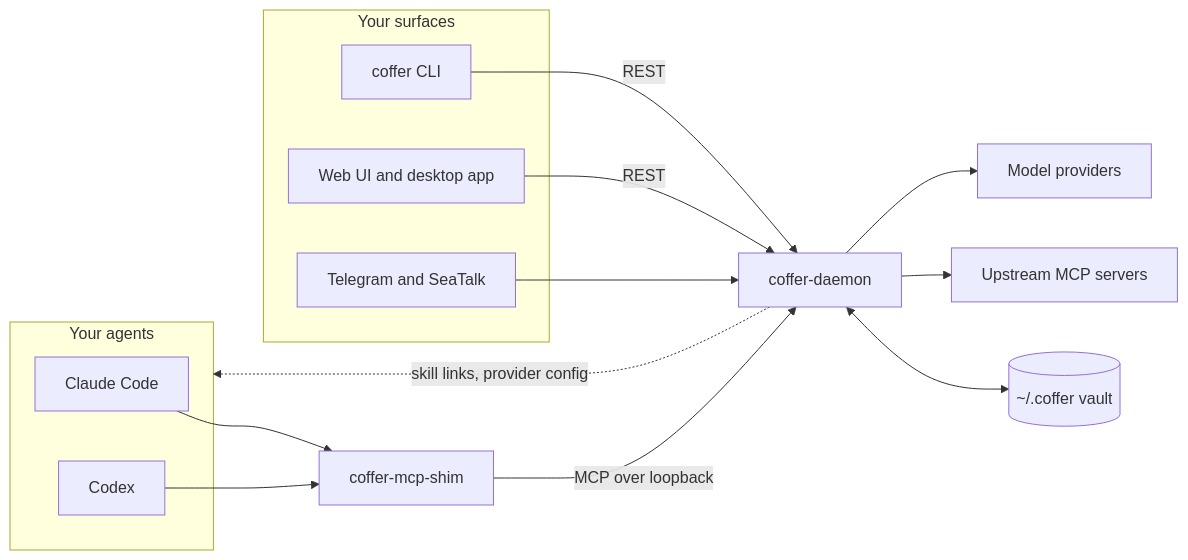
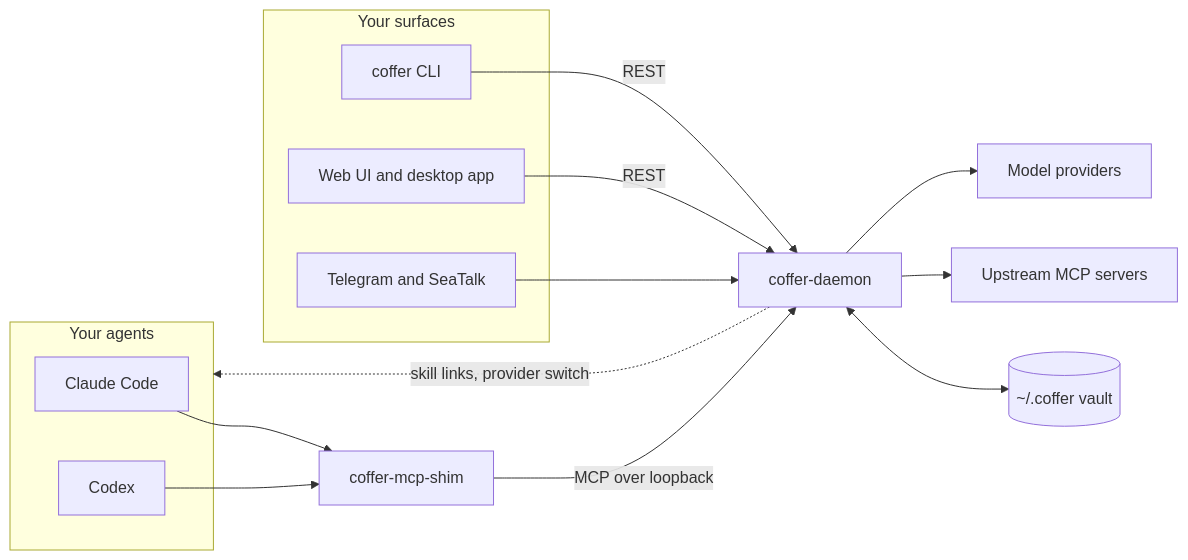
One commit to wyx-sg/Coffer changed the diagram in docs-site/index.md. Above: the diagram before and after it, drawn with Mermaid. The commit also changed other lines of this file and 106 other files, not shown here.

````diff
--- a/docs-site/index.md
+++ b/docs-site/index.md
@@ -52,22 +52,22 @@
 ```mermaid
 flowchart LR
   subgraph agents["Your agents"]
     CC["Claude Code"]
     CX["Codex"]
   end
   subgraph surfaces["Your surfaces"]
     CLI["coffer CLI"]
     WEB["Web UI and desktop app"]
     IM["Telegram and SeaTalk"]
   end
   CC --> SHIM["coffer-mcp-shim"]
   CX --> SHIM
   SHIM -->|"MCP over loopback"| D["coffer-daemon"]
   CLI -->|"REST"| D
   WEB -->|"REST"| D
   IM --> D
   D <--> V[("~/.coffer vault")]
   D --> UP["Upstream MCP servers"]
   D --> PR["Model providers"]
-  D -.->|"skill links, provider config"| agents
+  D -.->|"skill links, provider switch"| agents
 ```
````
